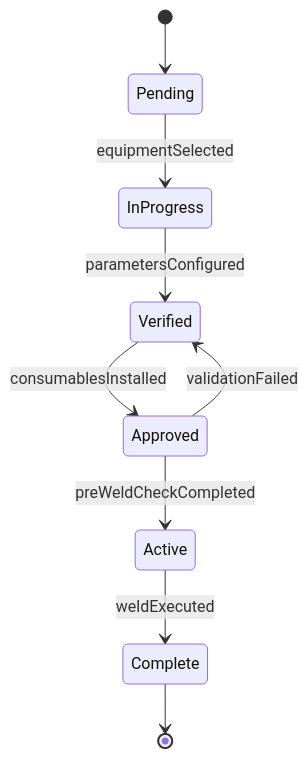
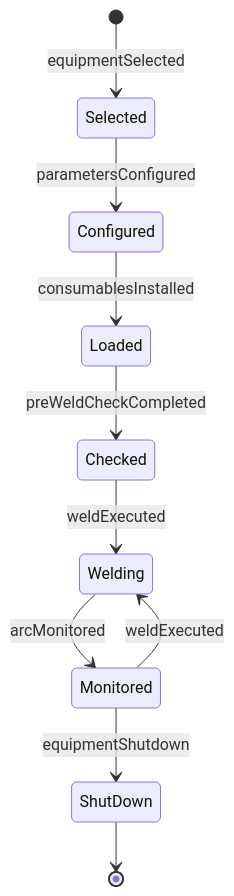
The second of 4 diagrams in HandlingAndMovingObjects/JoinPartsUsingSolderingWeldingOrBrazingTechniques/OperateWeldingEquipment.mdx (dot-org-ai/tasks.org.ai), drawn with Mermaid before and after one commit. The commit also changed other lines of this file and 515 other files, not shown here.

````diff
--- a/HandlingAndMovingObjects/JoinPartsUsingSolderingWeldingOrBrazingTechniques/OperateWeldingEquipment.mdx
+++ b/HandlingAndMovingObjects/JoinPartsUsingSolderingWeldingOrBrazingTechniques/OperateWeldingEquipment.mdx
@@ -98,11 +98,12 @@
 ```mermaid
 stateDiagram-v2
-    [*] --> Pending
-    Pending --> InProgress : equipmentSelected
-    InProgress --> Verified : parametersConfigured
-    Verified --> Approved : consumablesInstalled
-    Approved --> Active : preWeldCheckCompleted
-    Active --> Complete : weldExecuted
-    Approved --> Verified : validationFailed
-    Complete --> [*]
+    [*] --> Selected : equipmentSelected
+    Selected --> Configured : parametersConfigured
+    Configured --> Loaded : consumablesInstalled
+    Loaded --> Checked : preWeldCheckCompleted
+    Checked --> Welding : weldExecuted
+    Welding --> Monitored : arcMonitored
+    Monitored --> Welding : weldExecuted
+    Monitored --> ShutDown : equipmentShutdown
+    ShutDown --> [*]
 ```
````
